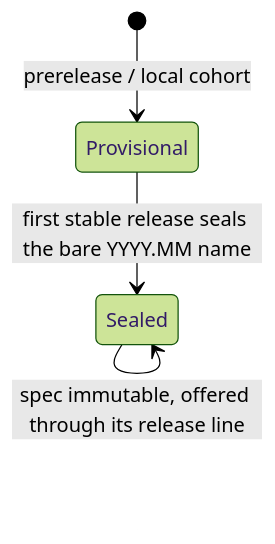
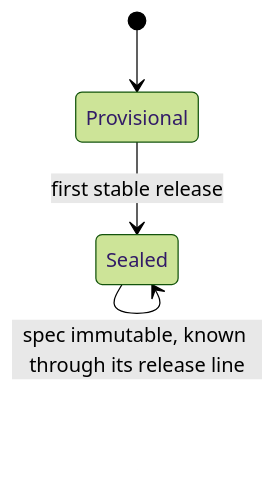
The diagram in docs/editions/index.md (ArenaX-Labs/rlmesh), drawn with Mermaid (forest theme) before and after one commit. The commit also changed other lines of this file and 162 other files, not shown here.

````diff
--- a/docs/editions/index.md
+++ b/docs/editions/index.md
@@ -71,6 +47,6 @@
 ```mermaid
 stateDiagram-v2
-    [*] --> Provisional: prerelease / local cohort
-    Provisional --> Sealed: first stable release seals the bare YYYY.MM name
-    Sealed --> Sealed: spec immutable, offered through its release line
+    [*] --> Provisional
+    Provisional --> Sealed: first stable release
+    Sealed --> Sealed: spec immutable, known through its release line
 ```
````
